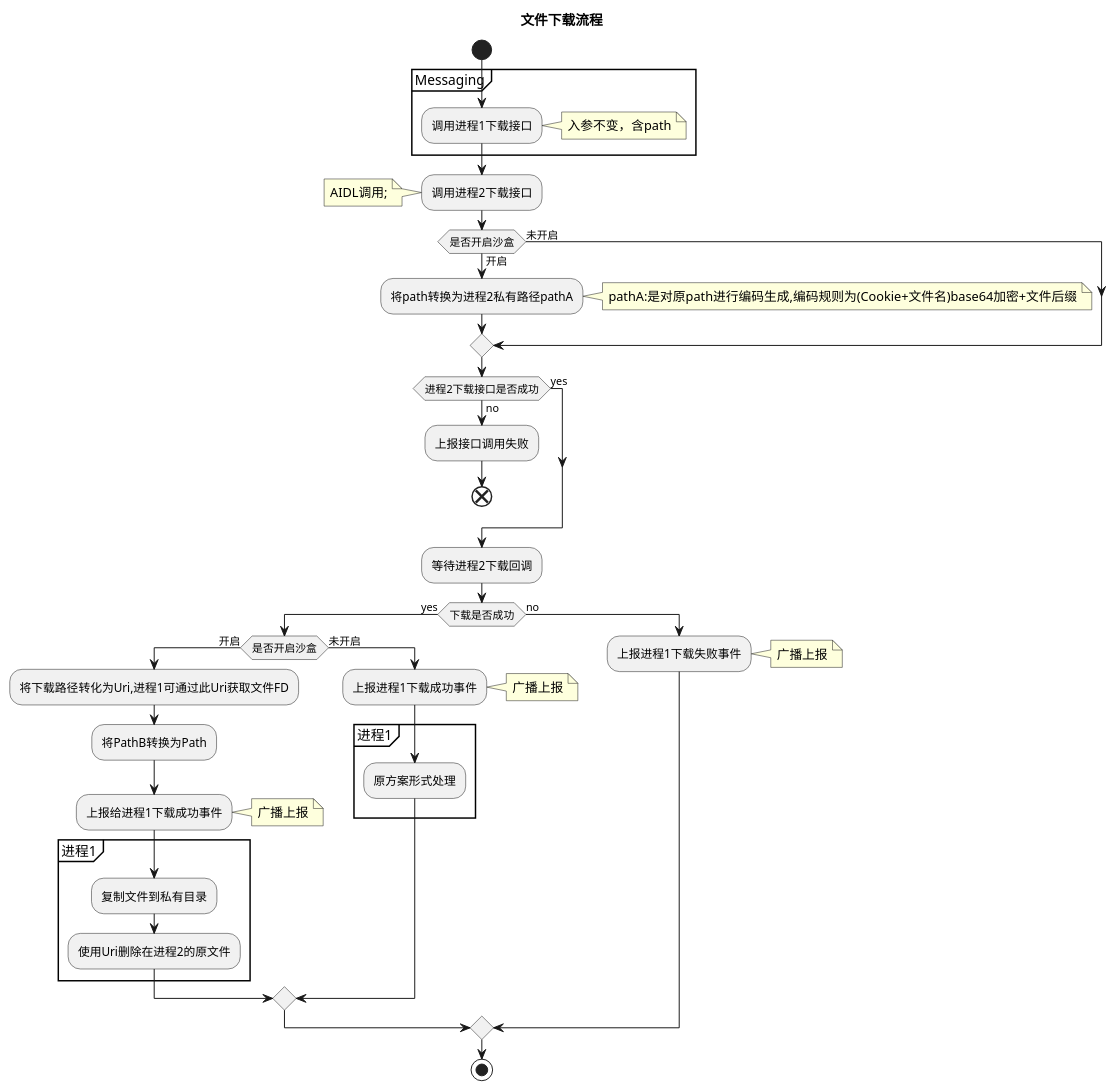
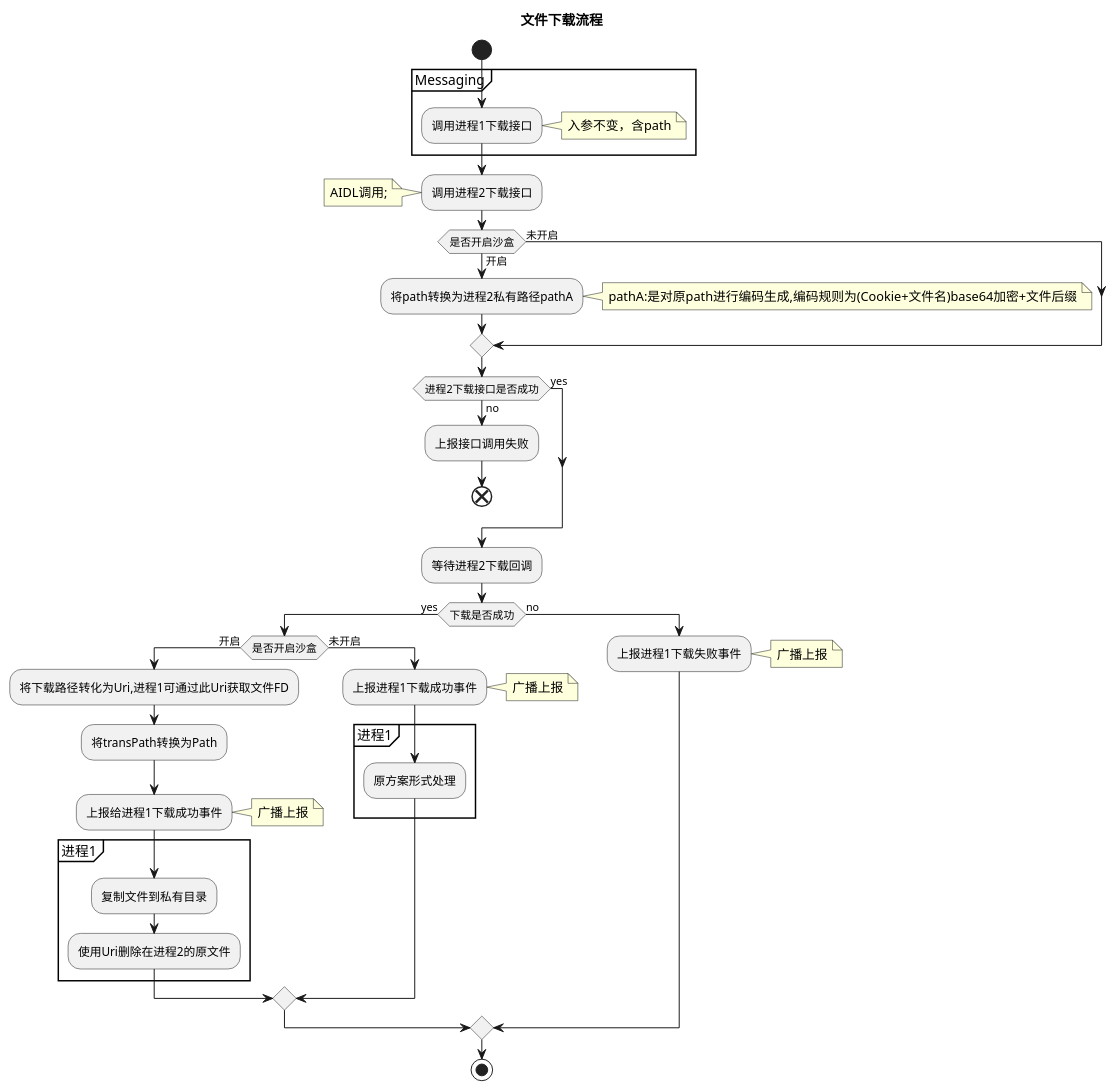
Before and after one commit to cuizehui/cuizehui.github.io: the diagram in img/in-post/sandboxFileDownload.puml, drawn with PlantUML. The commit also changed 3 other files, not shown here.

```diff
--- a/img/in-post/sandboxFileDownload.puml
+++ b/img/in-post/sandboxFileDownload.puml
@@ -1,44 +1,44 @@
 @startuml
 title 文件下载流程
 start
 	group Messaging
     :调用进程1下载接口;
     note right:入参不变，含path
     end group
     :调用进程2下载接口;
     note left: AIDL调用;
 	if(是否开启沙盒) then (开启)
 	:将path转换为进程2私有路径pathA;
 	note right:pathA:是对原path进行编码生成,编码规则为(Cookie+文件名)base64加密+文件后缀
 	else(未开启)
 	endif
 	if(进程2下载接口是否成功) then (yes)
     else(no)
     	:上报接口调用失败;
     	end
   endif
 :等待进程2下载回调;
 if(下载是否成功) then (yes)
 if(是否开启沙盒) then (开启)
     :将下载路径转化为Uri,进程1可通过此Uri获取文件FD;
-    :将PathB转换为Path;
+    :将transPath转换为Path;
     :上报给进程1下载成功事件;
 	note right:广播上报
 	group 进程1
     :复制文件到私有目录;
     :使用Uri删除在进程2的原文件;
     endgroup
 	else(未开启)
 	 :上报进程1下载成功事件;
      note right:广播上报
      group 进程1
          :原方案形式处理;
          endgroup
 	endif
 
 else (no)
 :上报进程1下载失败事件;
 note right:广播上报
 endif
 stop
 @endu
```
